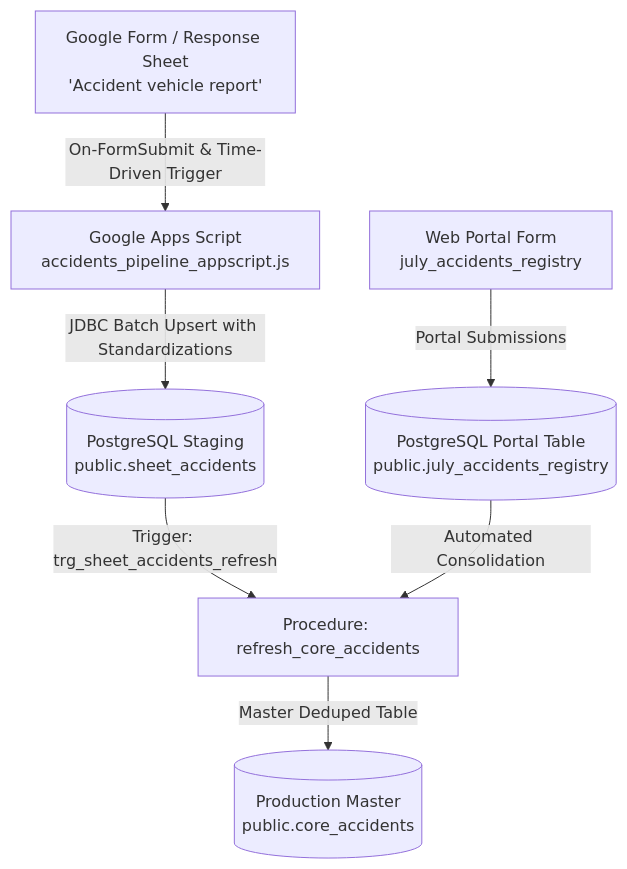
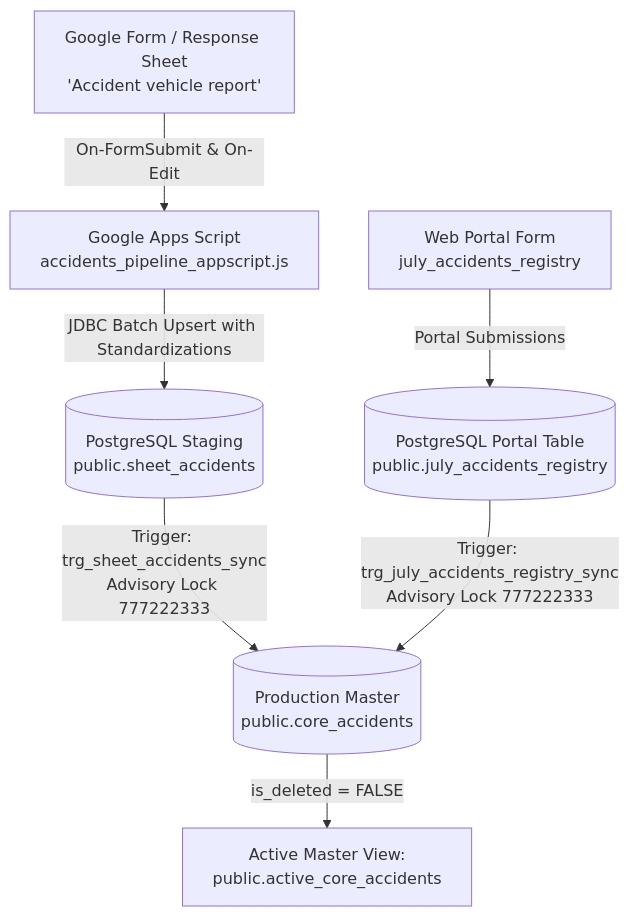
One commit to aayush-letzryd/backend changed the diagram in Accidents Google Sheet/README.md. Above: the diagram before and after it, drawn with Mermaid. The commit also changed other lines of this file and 9 other files, not shown here.

````diff
--- a/Accidents Google Sheet/README.md
+++ b/Accidents Google Sheet/README.md
@@ -9,9 +9,9 @@
 ```mermaid
 graph TD
-    A[Google Form / Response Sheet\n'Accident vehicle report'] -->|On-FormSubmit & Time-Driven Trigger| B[Google Apps Script\naccidents_pipeline_appscript.js]
+    A[Google Form / Response Sheet\n'Accident vehicle report'] -->|On-FormSubmit & On-Edit| B[Google Apps Script\naccidents_pipeline_appscript.js]
     B -->|JDBC Batch Upsert with Standardizations| C[(PostgreSQL Staging\npublic.sheet_accidents)]
     D[Web Portal Form\njuly_accidents_registry] -->|Portal Submissions| E[(PostgreSQL Portal Table\npublic.july_accidents_registry)]
-    C -->|Trigger: trg_sheet_accidents_refresh| F[Procedure: refresh_core_accidents]
-    E -->|Automated Consolidation| F
-    F -->|Master Deduped Table| G[(Production Master\npublic.core_accidents)]
+    C -->|Trigger: trg_sheet_accidents_sync\nAdvisory Lock 777222333| G[(Production Master\npublic.core_accidents)]
+    E -->|Trigger: trg_july_accidents_registry_sync\nAdvisory Lock 777222333| G
+    G -->|is_deleted = FALSE| H[Active Master View:\npublic.active_core_accidents]
 ```
````
